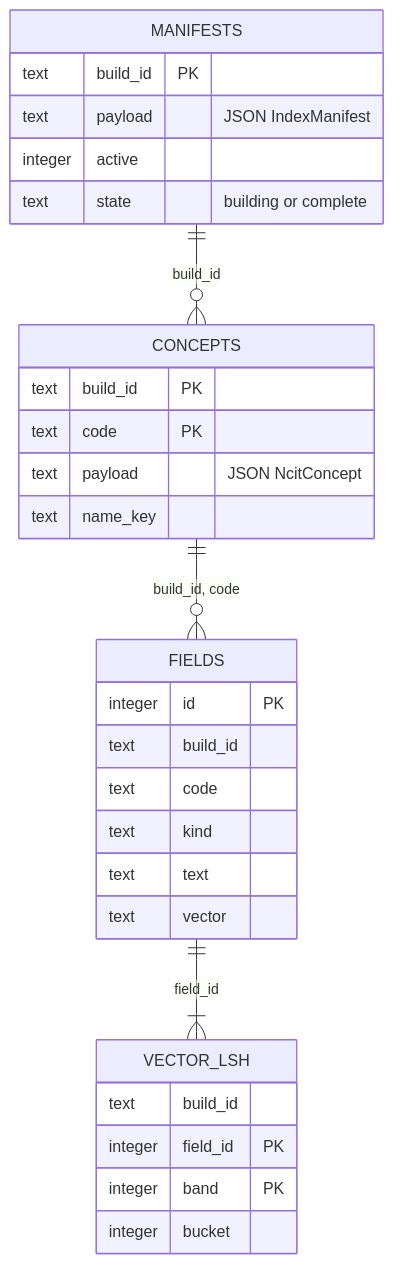
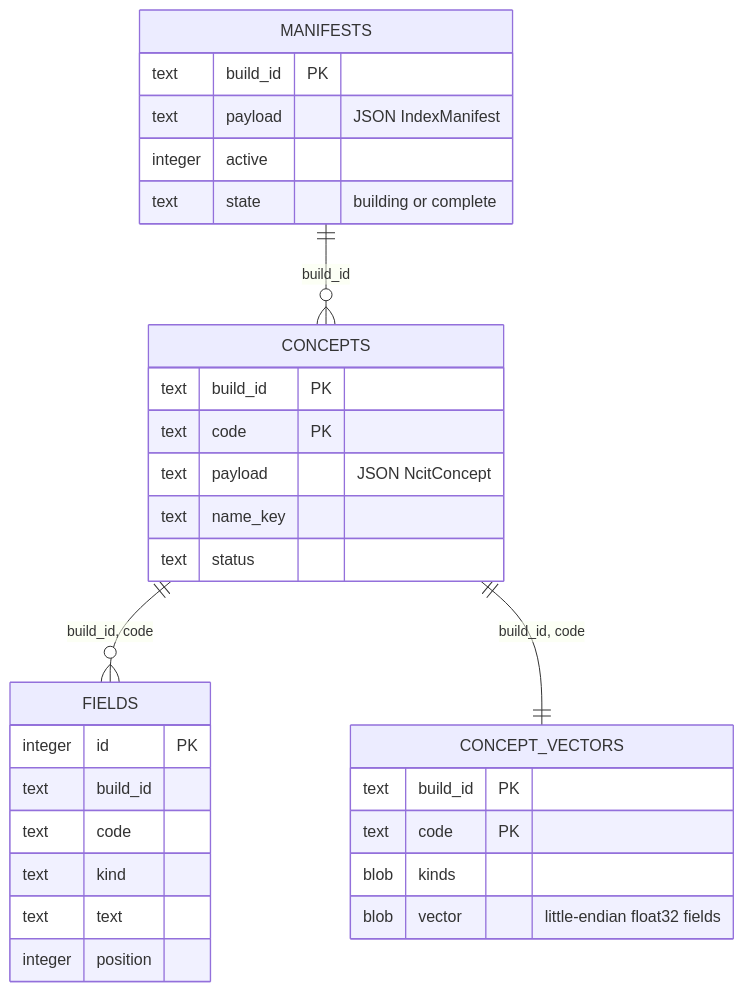
One commit to CBIIT/nci-si-mcp changed the second of 2 diagrams in ARCHITECTURE.md. Above: the diagram before and after it, drawn with Mermaid. The commit also changed other lines of this file and 26 other files, not shown here.

````diff
--- a/ARCHITECTURE.md
+++ b/ARCHITECTURE.md
@@ -291,32 +295,33 @@
 ```mermaid
 erDiagram
     MANIFESTS {
         text build_id PK
         text payload "JSON IndexManifest"
         integer active
         text state "building or complete"
     }
     CONCEPTS {
         text build_id PK
         text code PK
         text payload "JSON NcitConcept"
         text name_key
+        text status
     }
     FIELDS {
         integer id PK
         text build_id
         text code
         text kind
         text text
-        text vector
+        integer position
     }
-    VECTOR_LSH {
-        text build_id
-        integer field_id PK
-        integer band PK
-        integer bucket
+    CONCEPT_VECTORS {
+        text build_id PK
+        text code PK
+        blob kinds
+        blob vector "little-endian float32 fields"
     }
     MANIFESTS ||--o{ CONCEPTS : build_id
     CONCEPTS ||--o{ FIELDS : "build_id, code"
-    FIELDS ||--|{ VECTOR_LSH : field_id
+    CONCEPTS ||--|| CONCEPT_VECTORS : "build_id, code"
 ```
````
